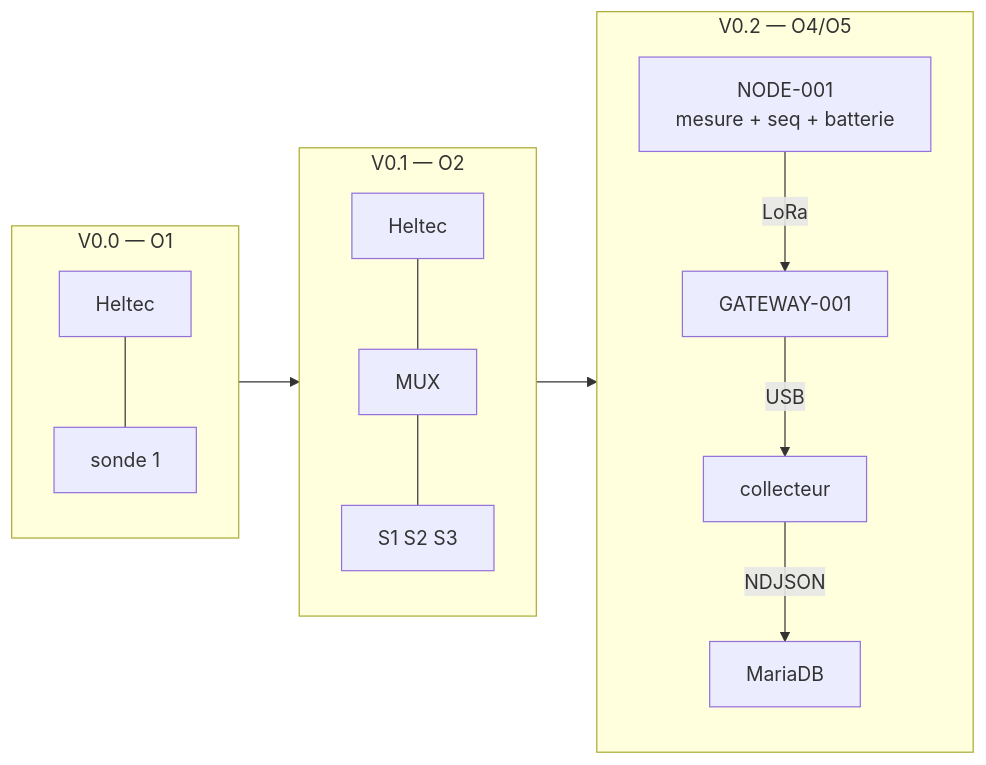
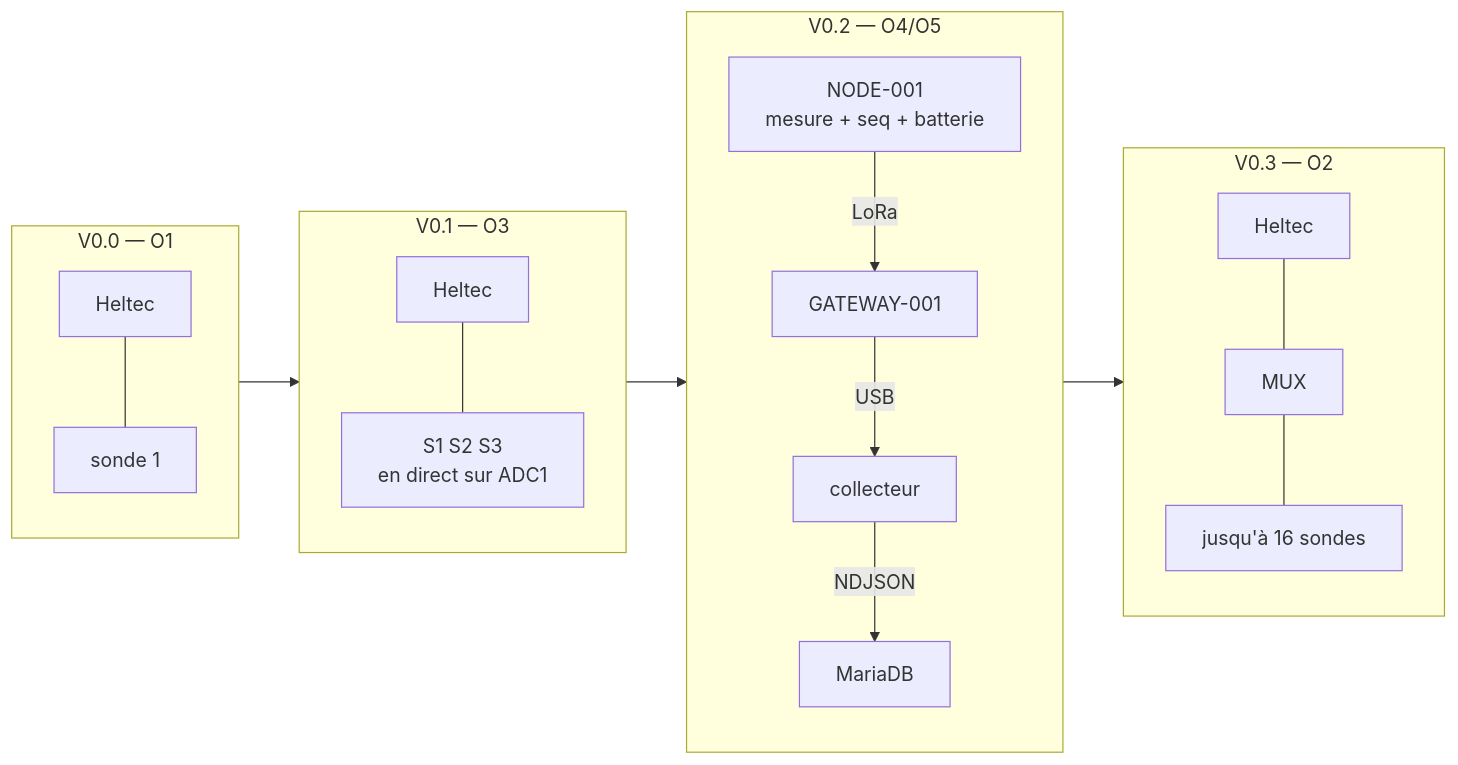
The second of 2 diagrams in docs/src/content/docs/projet/feuille-de-route.md (gfriloux/jardin), drawn with Mermaid before and after one commit. The commit also changed other lines of this file and 5 other files, not shown here.

````diff
--- a/docs/src/content/docs/projet/feuille-de-route.md
+++ b/docs/src/content/docs/projet/feuille-de-route.md
@@ -98,14 +106,17 @@
 ```mermaid
 flowchart LR
     subgraph V00["V0.0 — O1"]
         A1[Heltec] --- A2[sonde 1]
     end
-    subgraph V01["V0.1 — O2"]
-        B1[Heltec] --- B2[MUX] --- B3["S1 S2 S3"]
+    subgraph V01["V0.1 — O3"]
+        B1[Heltec] --- B3["S1 S2 S3<br/>en direct sur ADC1"]
     end
     subgraph V02["V0.2 — O4/O5"]
         C1["NODE-001<br/>mesure + seq + batterie"] -->|LoRa| C2[GATEWAY-001] -->|USB| C3[collecteur] -->|NDJSON| C4[MariaDB]
     end
+    subgraph V03["V0.3 — O2"]
+        D1[Heltec] --- D2[MUX] --- D3["jusqu'à 16 sondes"]
+    end
 
-    V00 --> V01 --> V02
+    V00 --> V01 --> V02 --> V03
 ```
````
